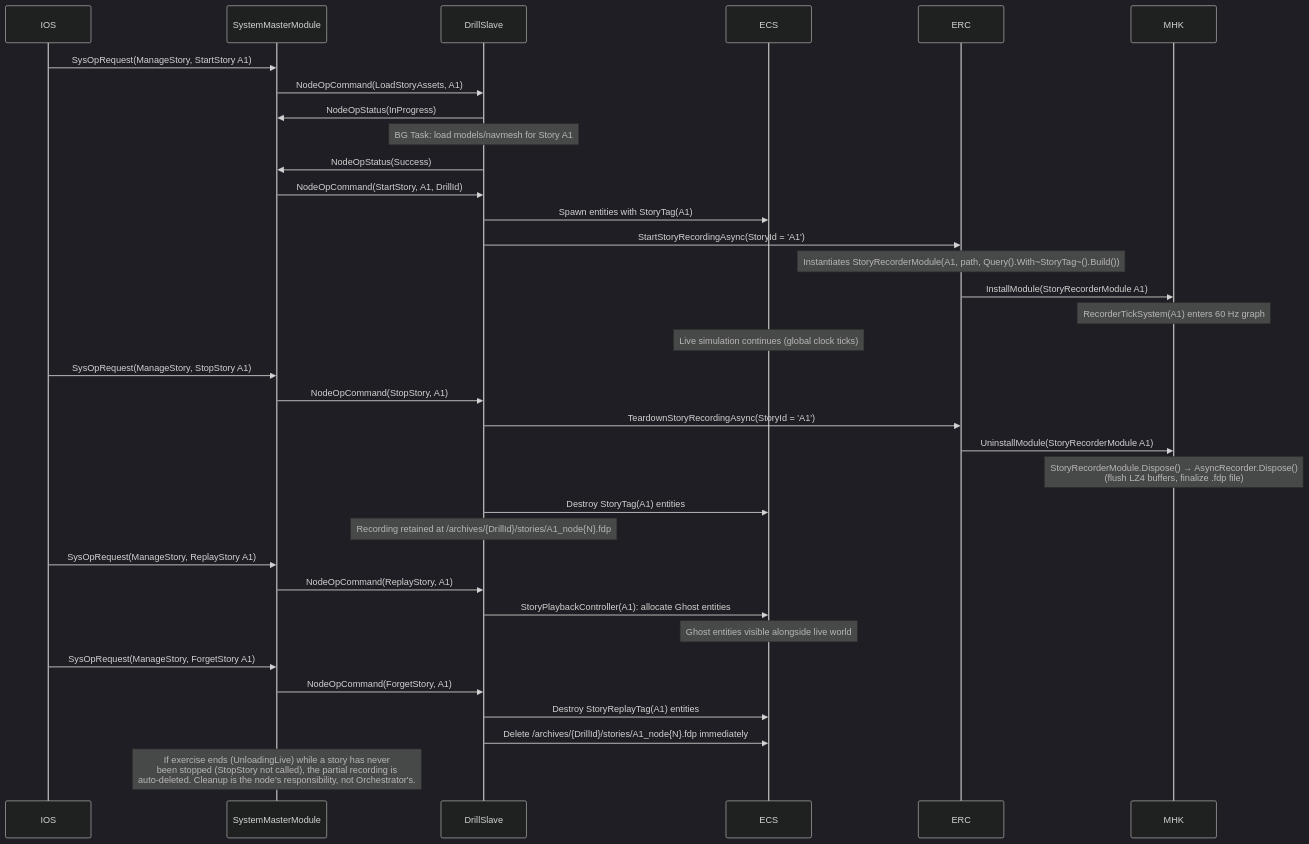
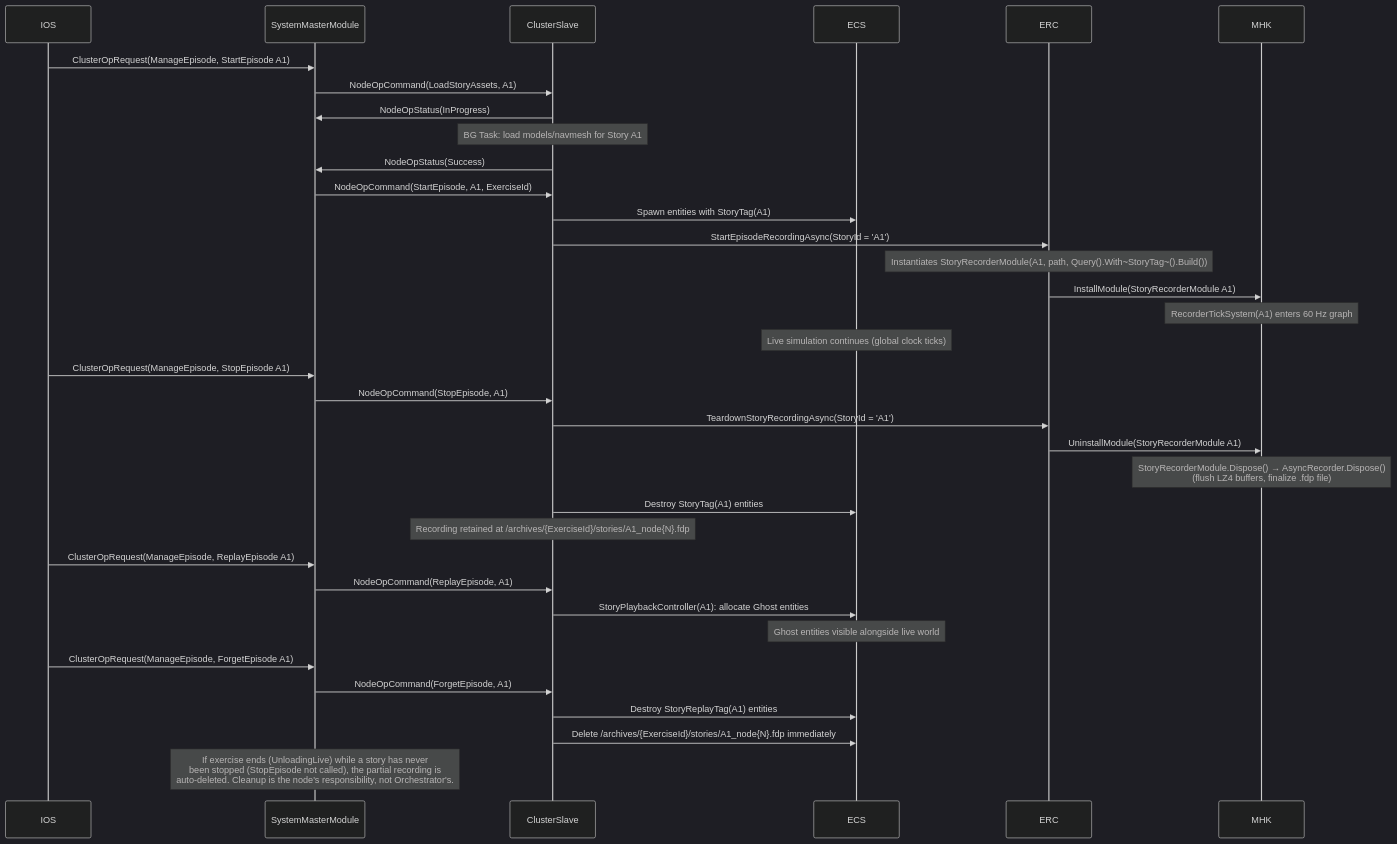
Before and after one commit to pjanec/HROT: the tenth of 11 diagrams in .dev/cgf-1/mgmt-DESIGN.md, drawn with Mermaid (dark theme). The commit also changed other lines of this file and 1539 other files, not shown here.

````diff
--- a/.dev/cgf-1/mgmt-DESIGN.md
+++ b/.dev/cgf-1/mgmt-DESIGN.md
@@ -2638,42 +2638,42 @@
 ```mermaid
 sequenceDiagram
     participant IOS
     participant Master as SystemMasterModule
-    participant Slave as DrillSlave
+    participant Slave as ClusterSlave
     participant ECS
 
-    IOS->>Master: SysOpRequest(ManageStory, StartStory A1)
+    IOS->>Master: ClusterOpRequest(ManageEpisode, StartEpisode A1)
     Master->>Slave: NodeOpCommand(LoadStoryAssets, A1)
     Slave->>Master: NodeOpStatus(InProgress)
     Note over Slave: BG Task: load models/navmesh for Story A1
     Slave->>Master: NodeOpStatus(Success)
 
-    Master->>Slave: NodeOpCommand(StartStory, A1, DrillId)
+    Master->>Slave: NodeOpCommand(StartEpisode, A1, ExerciseId)
     Slave->>ECS: Spawn entities with StoryTag(A1)
-    Slave->>ERC: StartStoryRecordingAsync(StoryId = 'A1')
+    Slave->>ERC: StartEpisodeRecordingAsync(StoryId = 'A1')
     Note over ERC: Instantiates StoryRecorderModule(A1, path, Query().With~StoryTag~().Build())
     ERC->>MHK: InstallModule(StoryRecorderModule A1)
     Note over MHK: RecorderTickSystem(A1) enters 60 Hz graph
 
     Note over ECS: Live simulation continues (global clock ticks)
 
-    IOS->>Master: SysOpRequest(ManageStory, StopStory A1)
-    Master->>Slave: NodeOpCommand(StopStory, A1)
+    IOS->>Master: ClusterOpRequest(ManageEpisode, StopEpisode A1)
+    Master->>Slave: NodeOpCommand(StopEpisode, A1)
     Slave->>ERC: TeardownStoryRecordingAsync(StoryId = 'A1')
     ERC->>MHK: UninstallModule(StoryRecorderModule A1)
     Note over MHK: StoryRecorderModule.Dispose() → AsyncRecorder.Dispose()<br/>(flush LZ4 buffers, finalize .fdp file)
     Slave->>ECS: Destroy StoryTag(A1) entities
-    Note over Slave: Recording retained at /archives/{DrillId}/stories/A1_node{N}.fdp
+    Note over Slave: Recording retained at /archives/{ExerciseId}/stories/A1_node{N}.fdp
 
-    IOS->>Master: SysOpRequest(ManageStory, ReplayStory A1)
-    Master->>Slave: NodeOpCommand(ReplayStory, A1)
+    IOS->>Master: ClusterOpRequest(ManageEpisode, ReplayEpisode A1)
+    Master->>Slave: NodeOpCommand(ReplayEpisode, A1)
     Slave->>ECS: StoryPlaybackController(A1): allocate Ghost entities
     Note over ECS: Ghost entities visible alongside live world
 
-    IOS->>Master: SysOpRequest(ManageStory, ForgetStory A1)
-    Master->>Slave: NodeOpCommand(ForgetStory, A1)
+    IOS->>Master: ClusterOpRequest(ManageEpisode, ForgetEpisode A1)
+    Master->>Slave: NodeOpCommand(ForgetEpisode, A1)
     Slave->>ECS: Destroy StoryReplayTag(A1) entities
-    Slave->>ECS: Delete /archives/{DrillId}/stories/A1_node{N}.fdp immediately
+    Slave->>ECS: Delete /archives/{ExerciseId}/stories/A1_node{N}.fdp immediately
 
-    Note over Master: If exercise ends (UnloadingLive) while a story has never<br/>been stopped (StopStory not called), the partial recording is<br/>auto-deleted. Cleanup is the node's responsibility, not Orchestrator's.
+    Note over Master: If exercise ends (UnloadingLive) while a story has never<br/>been stopped (StopEpisode not called), the partial recording is<br/>auto-deleted. Cleanup is the node's responsibility, not Orchestrator's.
 ```
````
